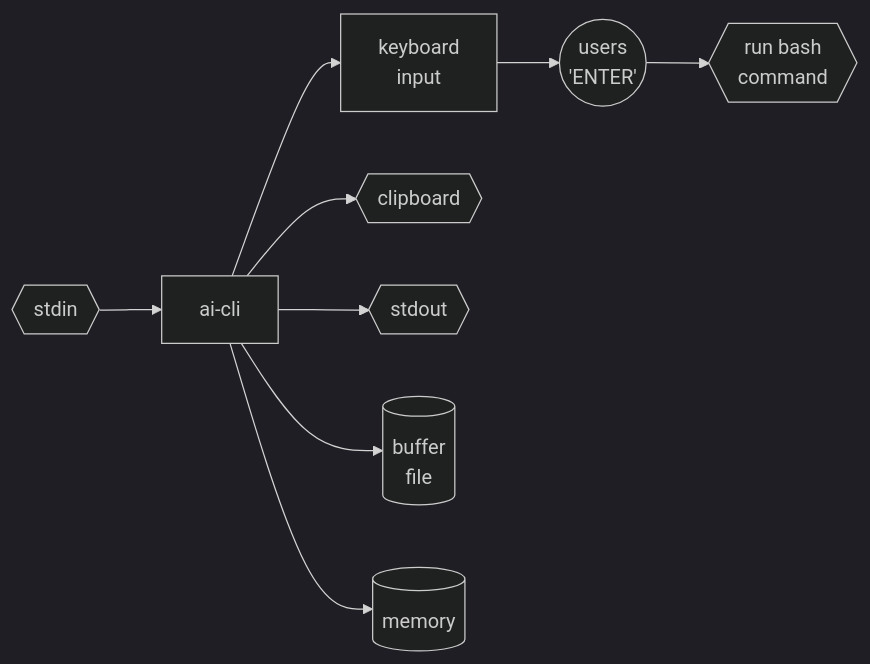
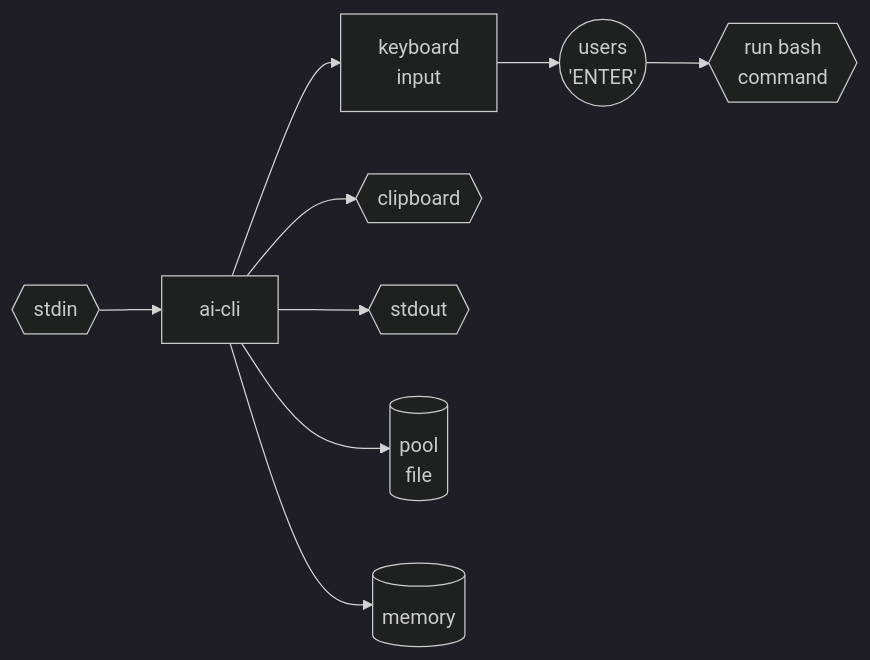
One commit to johnthesmith/ai-cli changed the first of 2 diagrams in README.md. Above: the diagram before and after it, drawn with Mermaid (dark theme). The commit also changed other lines of this file and 10 other files, not shown here.

````diff
--- a/README.md
+++ b/README.md
@@ -30,15 +30,15 @@
 ```mermaid
 flowchart LR    
     keyboard[ keyboard \n input ]
     clipboard{{clipboard}}
     stdout{{stdout}}
     stdin{{stdin}}
-    buffer[(buffer \n file)] 
+    pool[(pool \n file)] 
     memory[(memory)]
     ai[ai-cli] 
     bash{{run bash \n command}}
     user((users \n 'ENTER'))
 
     keyboard --> user --> bash
-    stdin --> ai --> keyboard &  memory & buffer & clipboard & stdout
+    stdin --> ai --> keyboard &  memory & pool & clipboard & stdout
 ```
````
